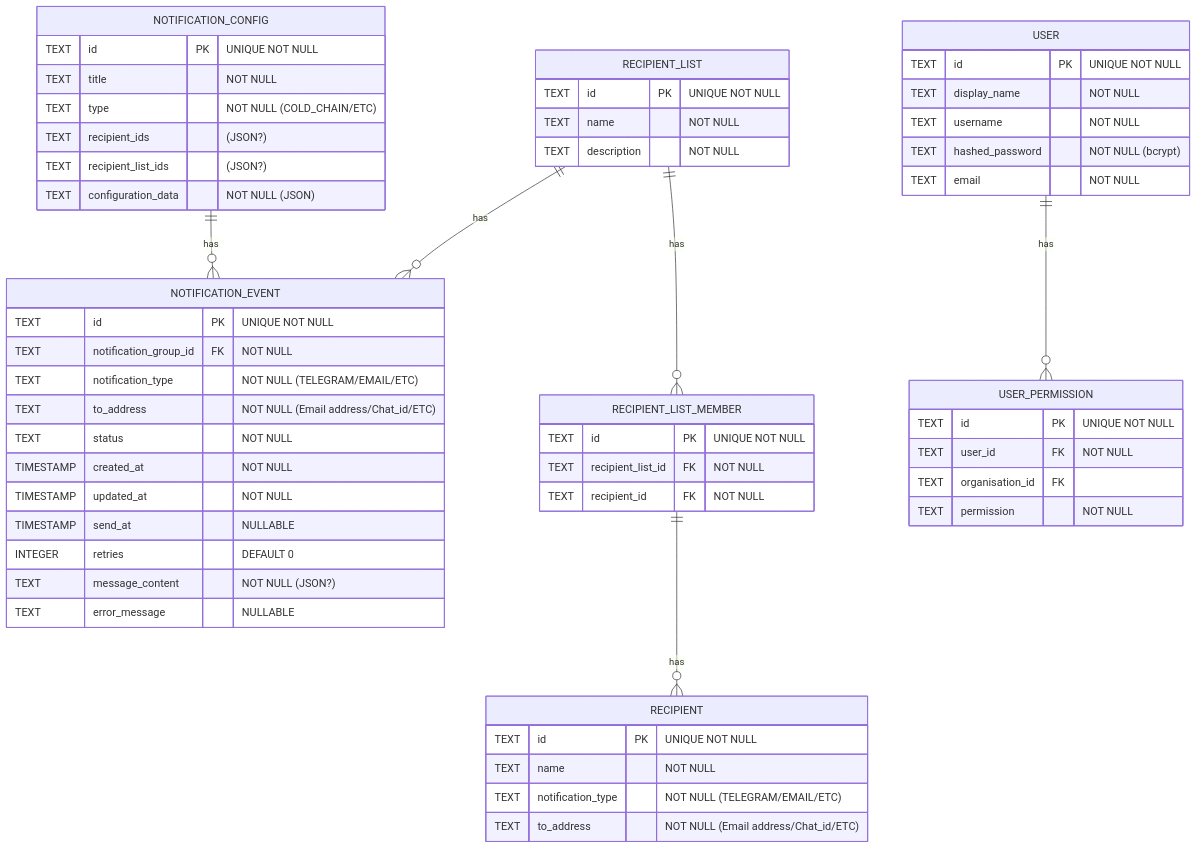
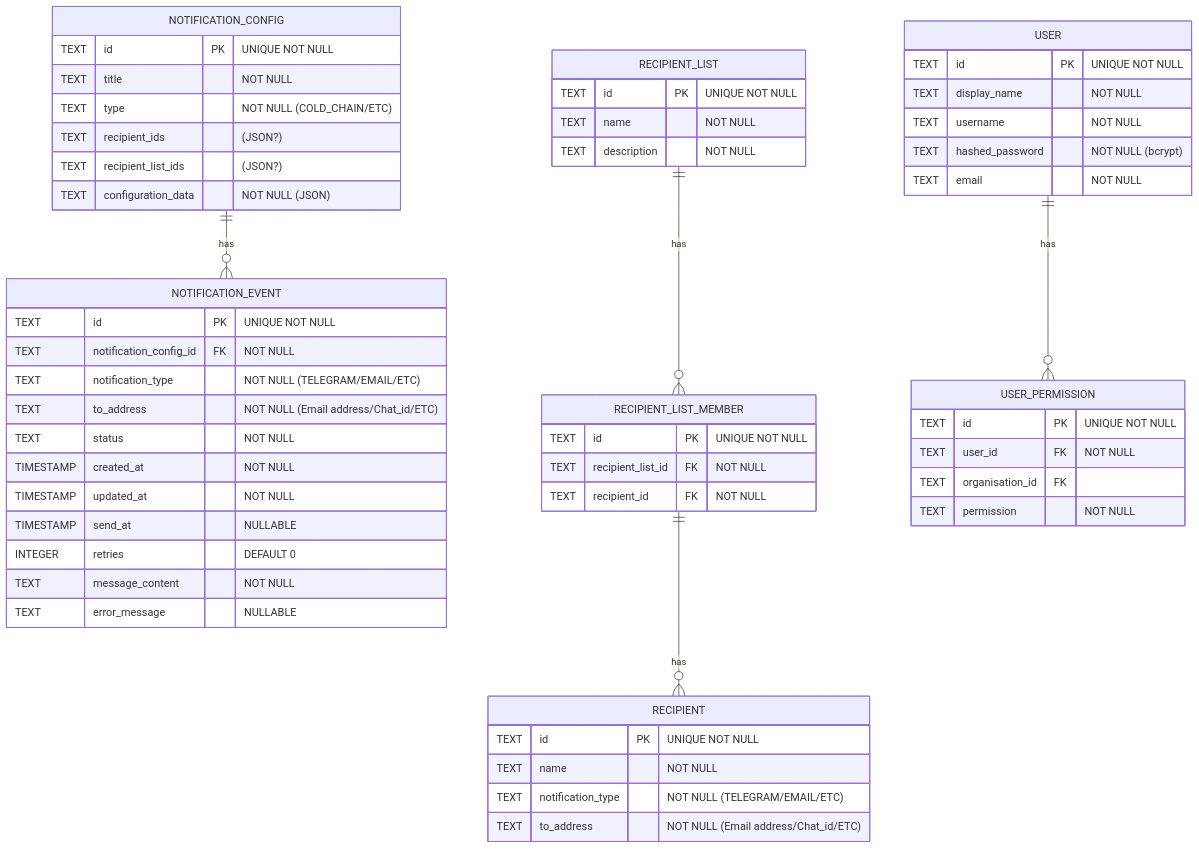
Before and after one commit to openmsupply/notify: the diagram in docs/schema.md, drawn with Mermaid. The commit also changed other lines of this file, not shown here.

Commit message:
Fix schema for Notification Event, add notes around immutable config idea

````diff
--- a/docs/schema.md
+++ b/docs/schema.md
@@ -20,59 +25,58 @@
 ```mermaid
 erDiagram
     NOTIFICATION_CONFIG{
         TEXT id PK "UNIQUE NOT NULL"
         TEXT title "NOT NULL"
         TEXT type "NOT NULL (COLD_CHAIN/ETC)"
         TEXT recipient_ids "(JSON?)"
         TEXT recipient_list_ids "(JSON?)"
         TEXT configuration_data "NOT NULL (JSON)"
 
     }
     NOTIFICATION_EVENT {
         TEXT id PK "UNIQUE NOT NULL"
-        TEXT notification_group_id FK "NOT NULL"
+        TEXT notification_config_id FK "NOT NULL"
         TEXT notification_type "NOT NULL (TELEGRAM/EMAIL/ETC)"
         TEXT to_address "NOT NULL (Email address/Chat_id/ETC)"
         TEXT status "NOT NULL"
         TIMESTAMP created_at "NOT NULL"
         TIMESTAMP updated_at "NOT NULL"
         TIMESTAMP send_at "NULLABLE"
         INTEGER retries "DEFAULT 0"
-        TEXT message_content "NOT NULL (JSON?)"
+        TEXT message_content "NOT NULL"
         TEXT error_message "NULLABLE"
     }
     RECIPIENT_LIST {
         TEXT id PK "UNIQUE NOT NULL"
         TEXT name "NOT NULL"
         TEXT description "NOT NULL"
     }
     RECIPIENT_LIST_MEMBER {
         TEXT id PK "UNIQUE NOT NULL"
         TEXT recipient_list_id FK "NOT NULL"
         TEXT recipient_id FK "NOT NULL"
     }
     RECIPIENT {
         TEXT id PK "UNIQUE NOT NULL"
         TEXT name "NOT NULL"
         TEXT notification_type "NOT NULL (TELEGRAM/EMAIL/ETC)"
         TEXT to_address "NOT NULL (Email address/Chat_id/ETC)"
     }
     USER {
 	    TEXT id PK "UNIQUE NOT NULL"
 	    TEXT display_name "NOT NULL"
         TEXT username  "NOT NULL"
         TEXT hashed_password "NOT NULL (bcrypt)"
         TEXT email "NOT NULL"
     }
     USER_PERMISSION {
 	    TEXT id PK "UNIQUE NOT NULL"
         TEXT user_id FK "NOT NULL"
         TEXT organisation_id FK ""
 	    TEXT permission "NOT NULL"
     }
     NOTIFICATION_CONFIG ||--o{ NOTIFICATION_EVENT : has
-    RECIPIENT_LIST ||--o{ NOTIFICATION_EVENT : has
     RECIPIENT_LIST ||--o{ RECIPIENT_LIST_MEMBER : has
     RECIPIENT_LIST_MEMBER ||--o{ RECIPIENT : has
     USER ||--o{ USER_PERMISSION : has
 ```
````
